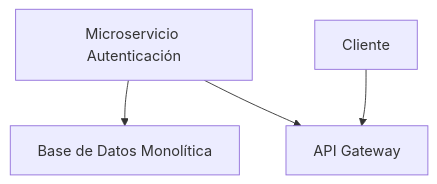
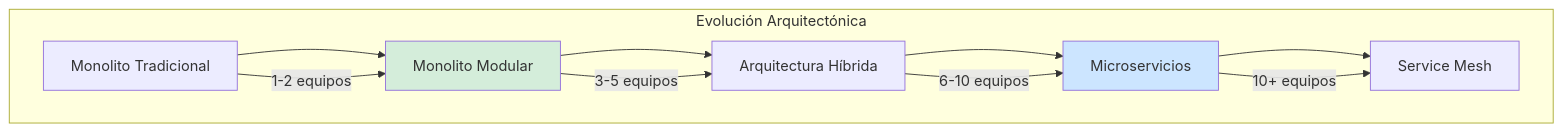
The fourth of 4 diagrams in _Review/monolito_modular_vs_microservicios_cuando_usar_cada_uno/monolito_modular_vs_microservicios_cuando_usar_cada_uno.md (Joaquinriosheredia/DAM-Java-Mastery), drawn with Mermaid before and after one commit. The commit also changed other lines of this file, not shown here.

Commit message:
monolito_modular_vs_microservicios_cuando_usar_cada_uno.md

````diff
--- a/_Review/monolito_modular_vs_microservicios_cuando_usar_cada_uno/monolito_modular_vs_microservicios_cuando_usar_cada_uno.md
+++ b/_Review/monolito_modular_vs_microservicios_cuando_usar_cada_uno/monolito_modular_vs_microservicios_cuando_usar_cada_uno.md
@@ -707,7 +547,17 @@
 ```mermaid
 graph TD
-    A[Microservicio Autenticación] --> B[Base de Datos Monolítica]
-    A --> C[API Gateway]
-
-    D[Cliente] --> C
+    subgraph "Evolución Arquitectónica"
+        A[Monolito Tradicional] --> B[Monolito Modular]
+        B --> C[Arquitectura Híbrida]
+        C --> D[Microservicios]
+        D --> E[Service Mesh]
+    end
+    
+    A -->|1-2 equipos| B
+    B -->|3-5 equipos| C
+    C -->|6-10 equipos| D
+    D -->|10+ equipos| E
+    
+    style B fill:#d4edda
+    style D fill:#cce5ff
 ```
````
